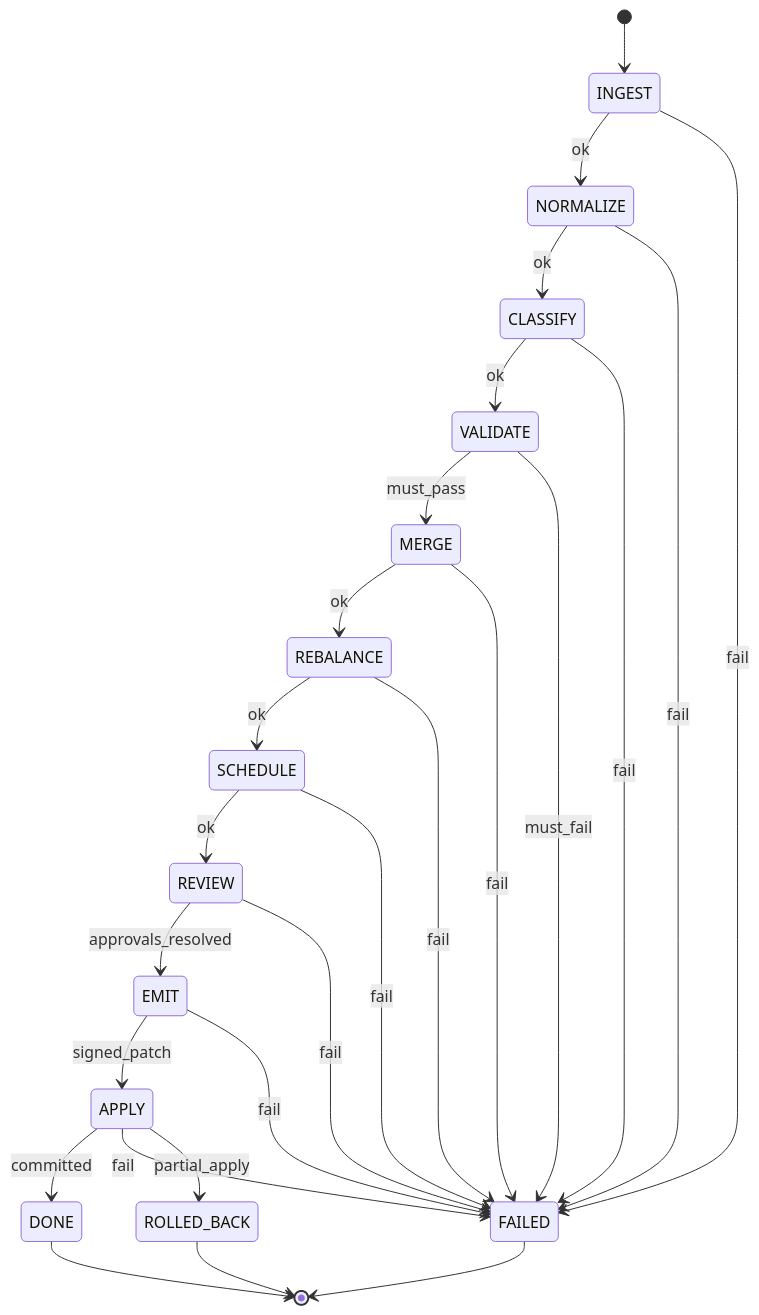
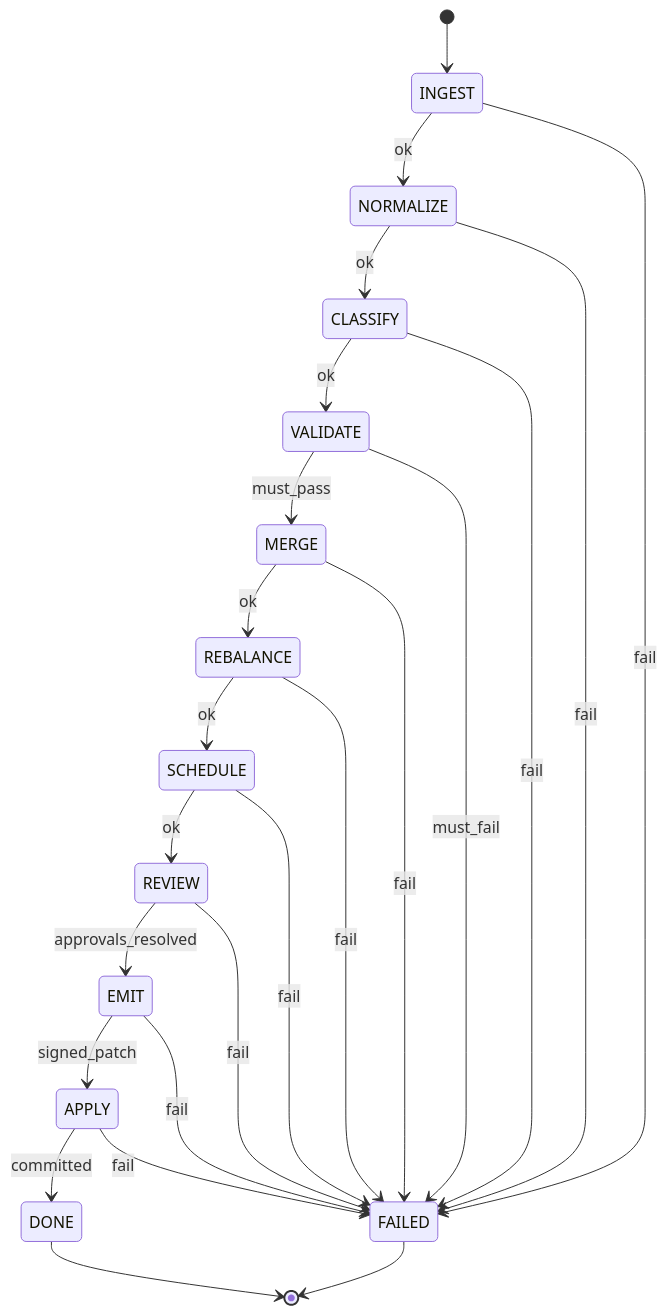
One commit to flyingrobots/xyph changed the diagram in docs/diagrams/orchestration-fsm.mmd. Above: the diagram before and after it, drawn with Mermaid. The commit also changed 28 other files, not shown here.

```diff
--- a/docs/diagrams/orchestration-fsm.mmd
+++ b/docs/diagrams/orchestration-fsm.mmd
@@ -1,36 +1,34 @@
 stateDiagram-v2
     [*] --> INGEST
     INGEST --> NORMALIZE: ok
     INGEST --> FAILED: fail
 
     NORMALIZE --> CLASSIFY: ok
     NORMALIZE --> FAILED: fail
 
     CLASSIFY --> VALIDATE: ok
     CLASSIFY --> FAILED: fail
 
     VALIDATE --> MERGE: must_pass
     VALIDATE --> FAILED: must_fail
 
     MERGE --> REBALANCE: ok
     MERGE --> FAILED: fail
 
     REBALANCE --> SCHEDULE: ok
     REBALANCE --> FAILED: fail
 
     SCHEDULE --> REVIEW: ok
     SCHEDULE --> FAILED: fail
 
     REVIEW --> EMIT: approvals_resolved
     REVIEW --> FAILED: fail
 
     EMIT --> APPLY: signed_patch
     EMIT --> FAILED: fail
 
     APPLY --> DONE: committed
     APPLY --> FAILED: fail
-    APPLY --> ROLLED_BACK: partial_apply
 
     DONE --> [*]
     FAILED --> [*]
-    ROLLED_BACK --> [*]
```
